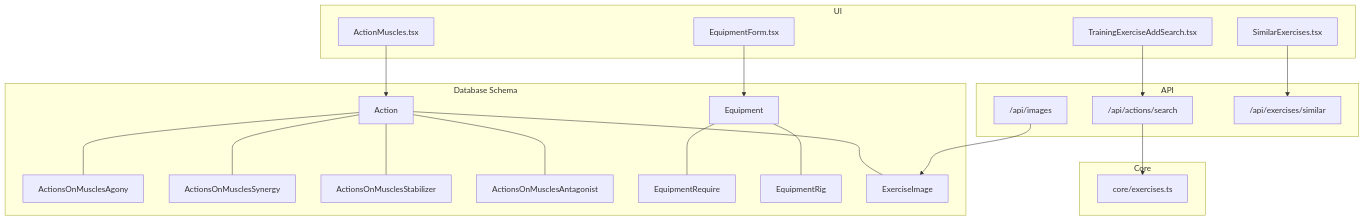
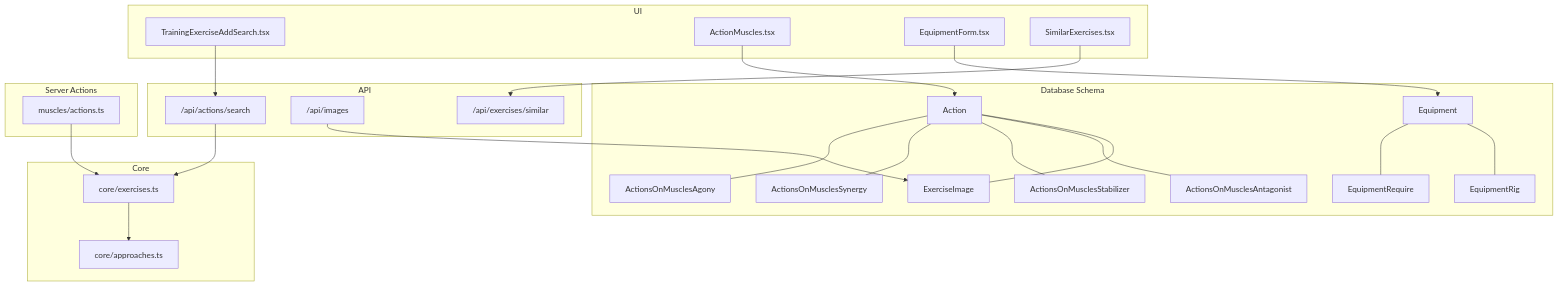
The first of 9 diagrams in .qoder/repowiki/en/content/Data Model/Exercise Catalog.md (Dezzpil/meingym), drawn with Mermaid before and after one commit. The commit also changed other lines of this file and 12 other files, not shown here.

````diff
--- a/.qoder/repowiki/en/content/Data Model/Exercise Catalog.md
+++ b/.qoder/repowiki/en/content/Data Model/Exercise Catalog.md
@@ -38,41 +42,47 @@
 ```mermaid
 graph TB
 subgraph "Database Schema"
 A["Action"]
 M1["ActionsOnMusclesAgony"]
 M2["ActionsOnMusclesSynergy"]
 M3["ActionsOnMusclesStabilizer"]
 M4["ActionsOnMusclesAntagonist"]
 E1["Equipment"]
 E2["EquipmentRequire"]
 E3["EquipmentRig"]
 IMG["ExerciseImage"]
 end
 subgraph "API"
 S["/api/actions/search"]
 I["/api/images"]
 SIM["/api/exercises/similar"]
 end
 subgraph "Core"
 C["core/exercises.ts"]
+AP["core/approaches.ts"]
+end
+subgraph "Server Actions"
+MA["muscles/actions.ts"]
 end
 subgraph "UI"
 U1["TrainingExerciseAddSearch.tsx"]
 U2["ActionMuscles.tsx"]
 U3["EquipmentForm.tsx"]
 U4["SimilarExercises.tsx"]
 end
 A --- M1
 A --- M2
 A --- M3
 A --- M4
 E1 --- E2
 E1 --- E3
 A --- IMG
 U1 --> S
 U2 --> A
 U3 --> E1
 U4 --> SIM
 S --> C
 I --> IMG
+MA --> C
+C --> AP
 ```
````
